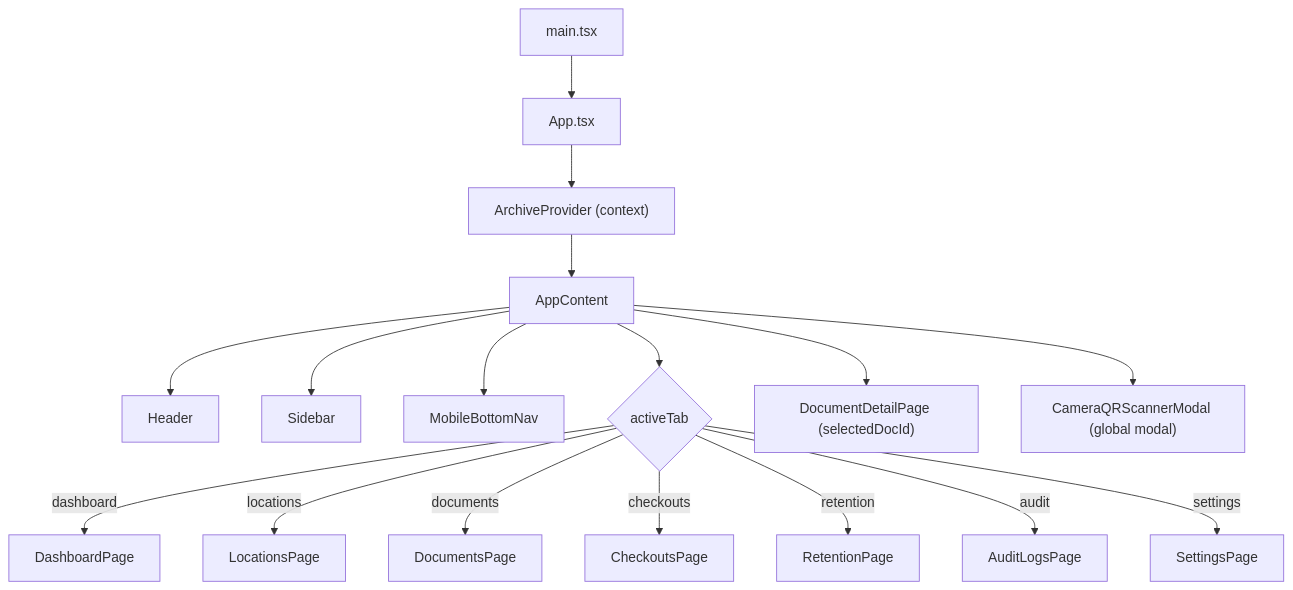
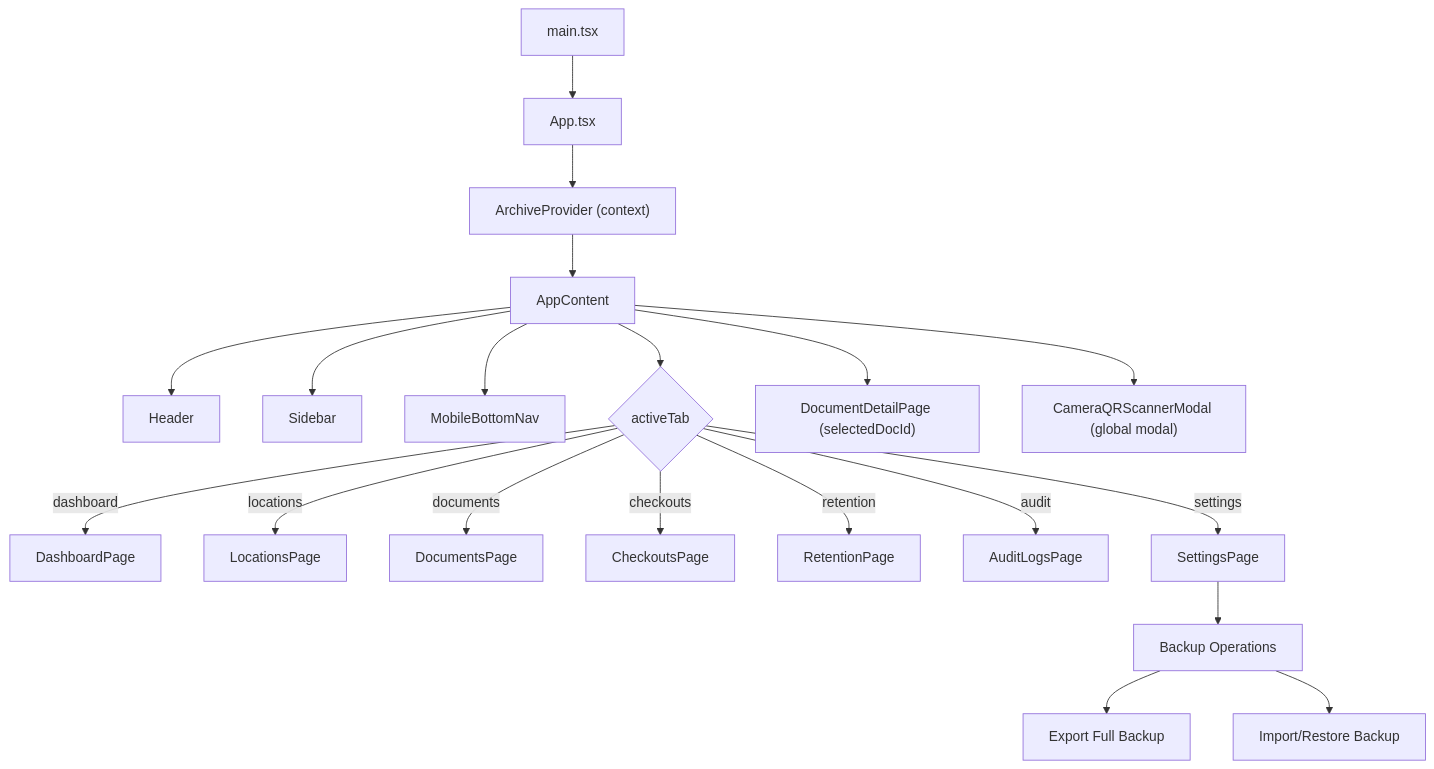
Before and after one commit to djahasiel101600/archivehub: the first of 3 diagrams in .qoder/repowiki/en/content/System Architecture/Component Architecture/Application Root & State Management.md, drawn with Mermaid. The commit also changed other lines of this file and 48 other files, not shown here.

````diff
--- a/.qoder/repowiki/en/content/System Architecture/Component Architecture/Application Root & State Management.md
+++ b/.qoder/repowiki/en/content/System Architecture/Component Architecture/Application Root & State Management.md
@@ -35,19 +43,22 @@
 ```mermaid
 graph TB
 A["main.tsx"] --> B["App.tsx"]
 B --> C["ArchiveProvider (context)"]
 C --> D["AppContent"]
 D --> E["Header"]
 D --> F["Sidebar"]
 D --> G["MobileBottomNav"]
 D --> H{"activeTab"}
 H --> |dashboard| I["DashboardPage"]
 H --> |locations| J["LocationsPage"]
 H --> |documents| K["DocumentsPage"]
 H --> |checkouts| L["CheckoutsPage"]
 H --> |retention| M["RetentionPage"]
 H --> |audit| N["AuditLogsPage"]
 H --> |settings| O["SettingsPage"]
 D --> P["DocumentDetailPage (selectedDocId)"]
 D --> Q["CameraQRScannerModal (global modal)"]
+O --> R["Backup Operations"]
+R --> S["Export Full Backup"]
+R --> T["Import/Restore Backup"]
 ```
````
